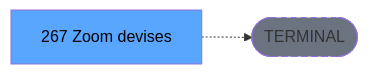
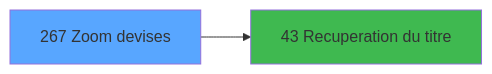
Before and after one commit to thonyAGP/magic-migration: the third of 3 diagrams in .openspec/specs/ADH-IDE-267.md, drawn with Mermaid. The commit also changed other lines of this file and 493 other files, not shown here.

````diff
--- a/.openspec/specs/ADH-IDE-267.md
+++ b/.openspec/specs/ADH-IDE-267.md
@@ -139,8 +197,8 @@
 ```mermaid
 graph LR
-    T[267 Zoom devises]
-    TERM([TERMINAL])
-    T -.-> TERM
-    style TERM fill:#6b7280,stroke-dasharray: 5 5
-    style T fill:#58a6ff,color:#000
+    T267[267 Zoom devises]
+    style T267 fill:#58a6ff
+    C43[43 Recuperation du titre]
+    T267 --> C43
+    style C43 fill:#3fb950
 ```
````
